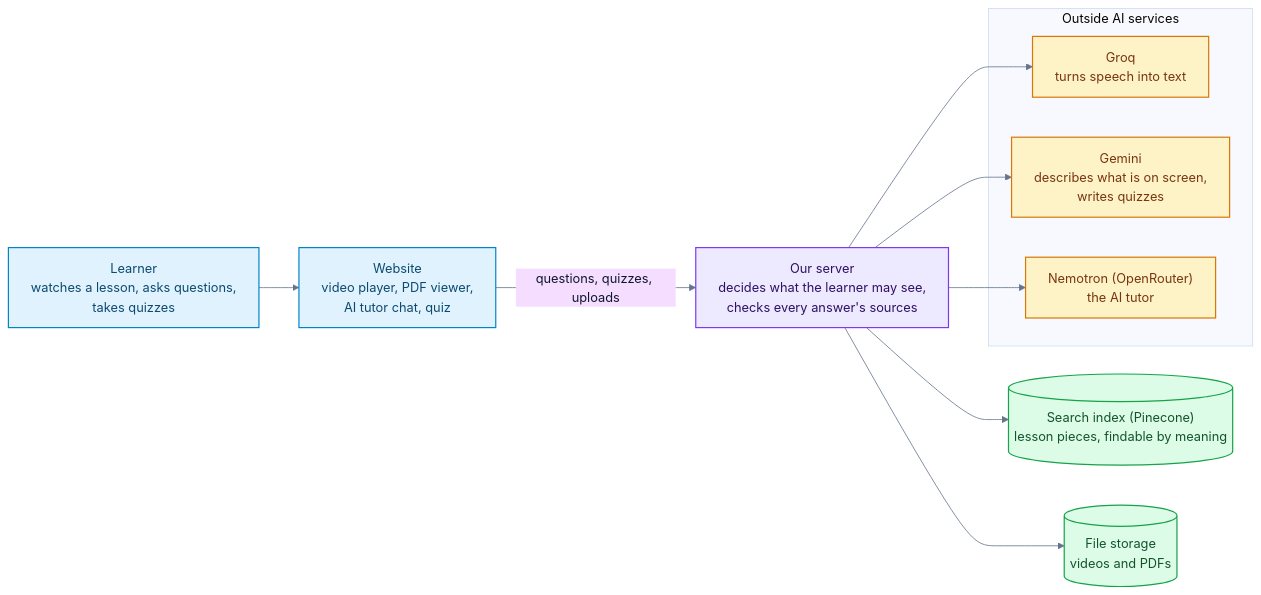
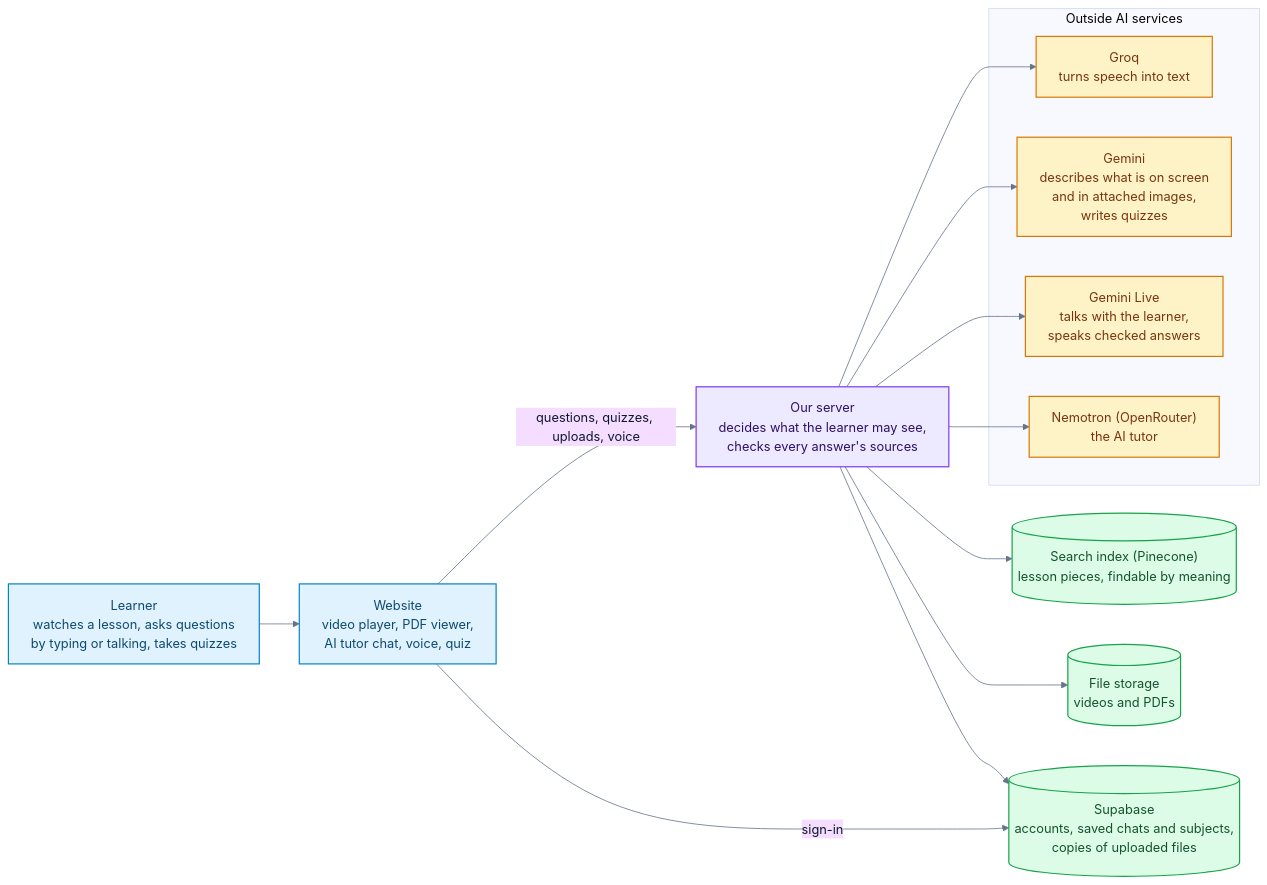
The diagram in submission/diagrams/src/0-system-overview.mmd (Nanu69-batman/ailearn), drawn with Mermaid before and after one commit. The commit also changed 10 other files, not shown here.

First line of the commit message:
docs(submission): accounts and Supabase storage, voice, chat images, auto titles, current test results

```diff
--- a/submission/diagrams/src/0-system-overview.mmd
+++ b/submission/diagrams/src/0-system-overview.mmd
@@ -1,27 +1,32 @@
 %%{init: {"theme": "base", "fontFamily": "Arial, Helvetica, sans-serif", "themeVariables": {"fontSize": "16px", "fontFamily": "Arial, Helvetica, sans-serif", "lineColor": "#64748b", "primaryTextColor": "#0f172a"}, "flowchart": {"curve": "basis", "padding": 14, "wrappingWidth": 340}}}%%
 flowchart LR
-  U["Learner<br/>watches a lesson, asks questions,<br/>takes quizzes"]:::person
-  W["Website<br/>video player, PDF viewer,<br/>AI tutor chat, quiz"]:::person
+  U["Learner<br/>watches a lesson, asks questions<br/>by typing or talking, takes quizzes"]:::person
+  W["Website<br/>video player, PDF viewer,<br/>AI tutor chat, voice, quiz"]:::person
   A["Our server<br/>decides what the learner may see,<br/>checks every answer's sources"]:::server
   subgraph AI["Outside AI services"]
     Q["Groq<br/>turns speech into text"]:::ai
-    G["Gemini<br/>describes what is on screen,<br/>writes quizzes"]:::ai
+    G["Gemini<br/>describes what is on screen<br/>and in attached images,<br/>writes quizzes"]:::ai
+    GL["Gemini Live<br/>talks with the learner,<br/>speaks checked answers"]:::ai
     O["Nemotron (OpenRouter)<br/>the AI tutor"]:::ai
   end
   P[("Search index (Pinecone)<br/>lesson pieces, findable by meaning")]:::store
   F[("File storage<br/>videos and PDFs")]:::store
+  SB[("Supabase<br/>accounts, saved chats and subjects,<br/>copies of uploaded files")]:::store
   U --> W
-  W -->|"questions, quizzes, uploads"| A
+  W -->|"questions, quizzes, uploads, voice"| A
+  W -->|"sign-in"| SB
   A --> Q
   A --> G
+  A --> GL
   A --> O
   A --> P
   A --> F
+  A --> SB
 
   classDef person fill:#e0f2fe,stroke:#0284c7,color:#0c4a6e,stroke-width:1.5px
   classDef server fill:#ede9fe,stroke:#7c3aed,color:#2e1065,stroke-width:1.5px
   classDef ai fill:#fef3c7,stroke:#d97706,color:#78350f,stroke-width:1.5px
   classDef store fill:#dcfce7,stroke:#16a34a,color:#14532d,stroke-width:1.5px
   classDef check fill:#ffffff,stroke:#dc2626,color:#7f1d1d,stroke-width:2px
   classDef good fill:#d1fae5,stroke:#059669,color:#064e3b,stroke-width:2px
   classDef stop fill:#fee2e2,stroke:#dc2626,color:#7f1d1d,stroke-width:1.5px
```
